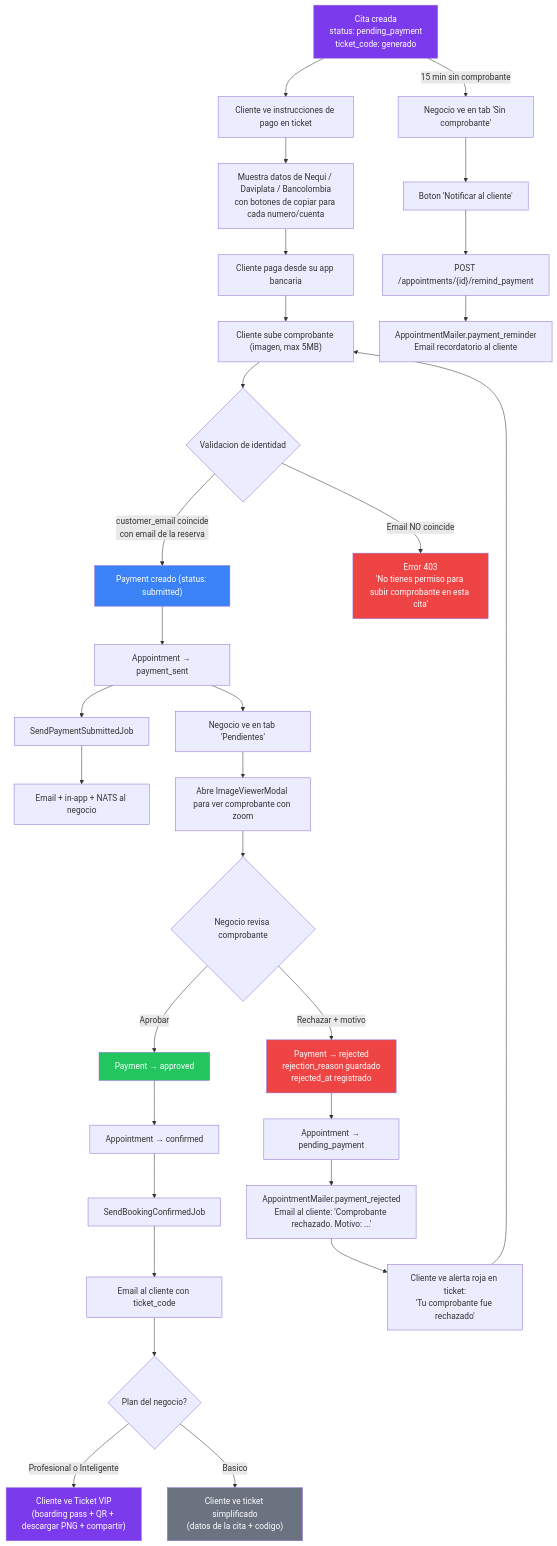
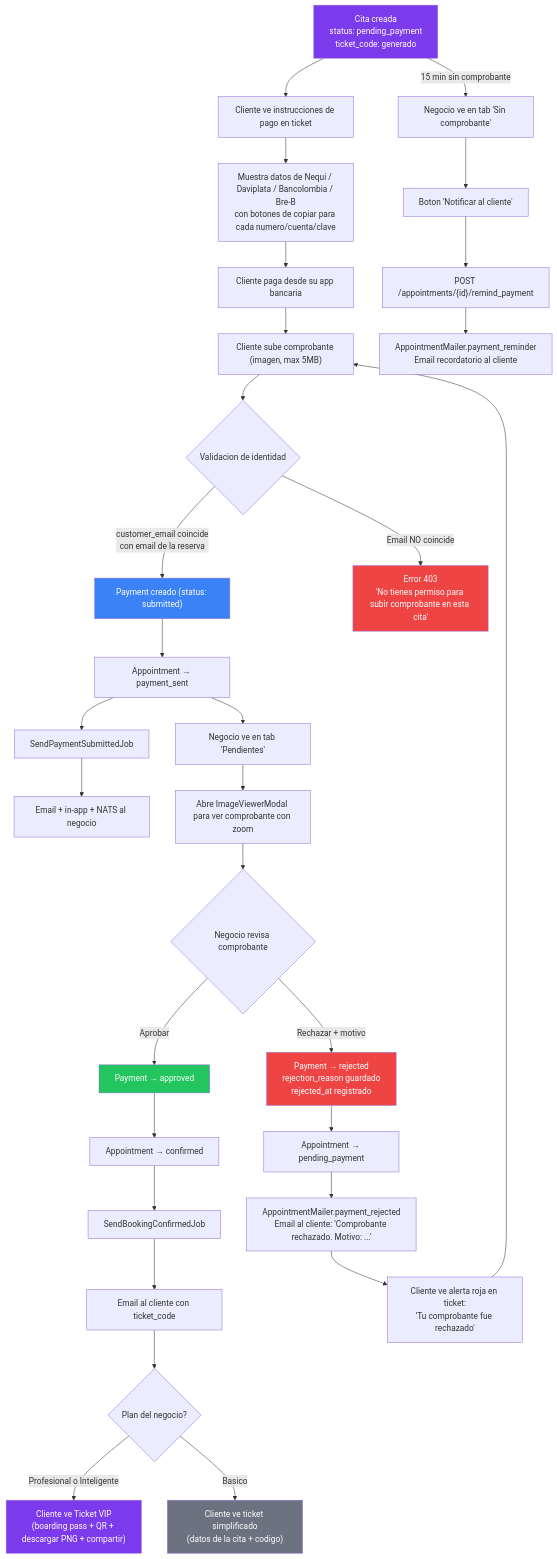
One commit to aaltamar12/agendify changed the seventh of 10 diagrams in docs/tech/flujos-completos.md. Above: the diagram before and after it, drawn with Mermaid. The commit also changed other lines of this file and 14 other files, not shown here.

````diff
--- a/docs/tech/flujos-completos.md
+++ b/docs/tech/flujos-completos.md
@@ -468,45 +483,45 @@
 ```mermaid
 flowchart TD
     A["Cita creada<br/>status: pending_payment<br/>ticket_code: generado"] --> B[Cliente ve instrucciones de pago en ticket]
-    B --> B1["Muestra datos de Nequi / Daviplata / Bancolombia<br/>con botones de copiar para cada numero/cuenta"]
+    B --> B1["Muestra datos de Nequi / Daviplata / Bancolombia / Bre-B<br/>con botones de copiar para cada numero/cuenta/clave"]
     B1 --> C[Cliente paga desde su app bancaria]
     C --> D["Cliente sube comprobante (imagen, max 5MB)"]
     D --> E{Validacion de identidad}
     E -->|"customer_email coincide<br/>con email de la reserva"| F["Payment creado (status: submitted)"]
     E -->|"Email NO coincide"| G["Error 403<br/>'No tienes permiso para subir comprobante en esta cita'"]
 
     F --> H["Appointment → payment_sent"]
     H --> H1[SendPaymentSubmittedJob]
     H1 --> H2["Email + in-app + NATS al negocio"]
 
     H --> I["Negocio ve en tab 'Pendientes'"]
     I --> I1["Abre ImageViewerModal para ver comprobante con zoom"]
     I1 --> J{Negocio revisa comprobante}
 
     J -->|Aprobar| K["Payment → approved"]
     K --> L["Appointment → confirmed"]
     L --> L1[SendBookingConfirmedJob]
     L1 --> L2["Email al cliente con ticket_code"]
     L2 --> M{Plan del negocio?}
     M -->|"Profesional o Inteligente"| M1["Cliente ve Ticket VIP<br/>(boarding pass + QR + descargar PNG + compartir)"]
     M -->|"Basico"| M2["Cliente ve ticket simplificado<br/>(datos de la cita + codigo)"]
 
     J -->|"Rechazar + motivo"| N["Payment → rejected<br/>rejection_reason guardado<br/>rejected_at registrado"]
     N --> O["Appointment → pending_payment"]
     O --> P["AppointmentMailer.payment_rejected<br/>Email al cliente: 'Comprobante rechazado. Motivo: ...'"]
     P --> Q["Cliente ve alerta roja en ticket:<br/>'Tu comprobante fue rechazado'"]
     Q --> D
 
     A -->|"15 min sin comprobante"| R["Negocio ve en tab 'Sin comprobante'"]
     R --> S["Boton 'Notificar al cliente'"]
     S --> T["POST /appointments/{id}/remind_payment"]
     T --> U["AppointmentMailer.payment_reminder<br/>Email recordatorio al cliente"]
 
     style A fill:#7c3aed,color:#fff
     style F fill:#3b82f6,color:#fff
     style K fill:#22c55e,color:#fff
     style N fill:#ef4444,color:#fff
     style G fill:#ef4444,color:#fff
     style M1 fill:#7c3aed,color:#fff
     style M2 fill:#6b7280,color:#fff
 ```
````
